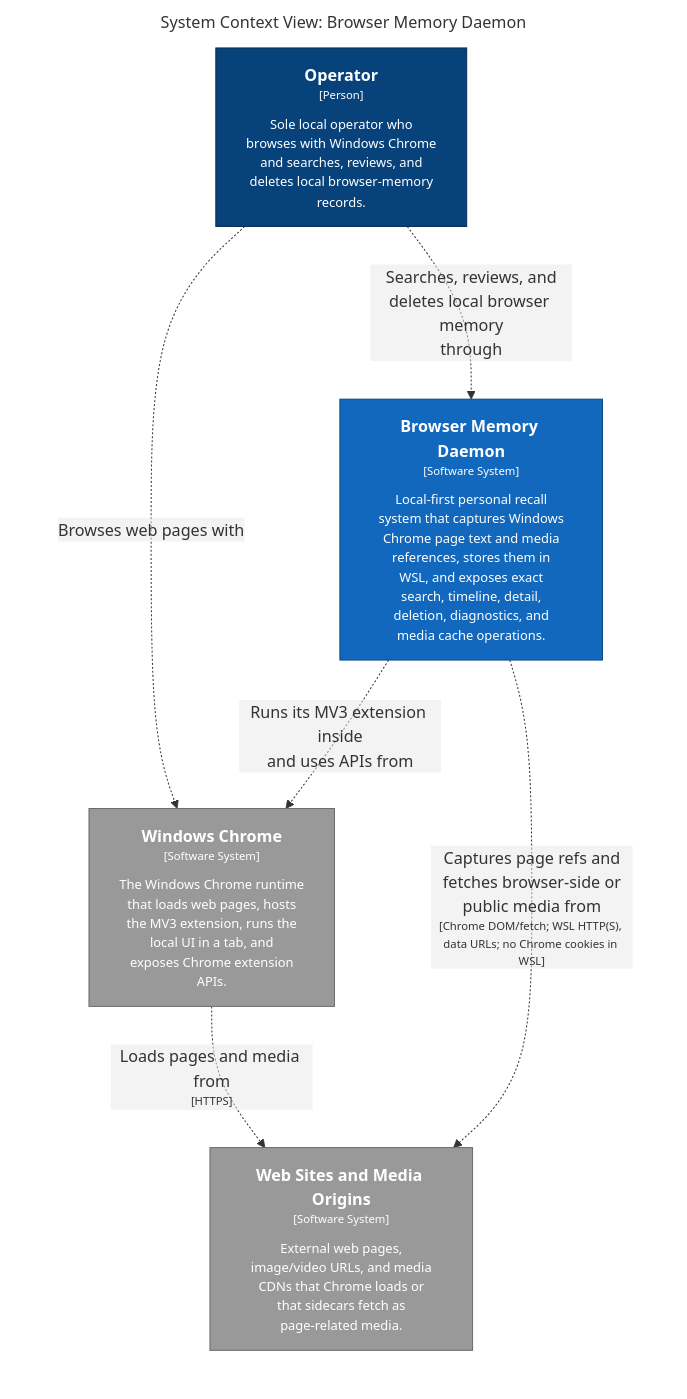
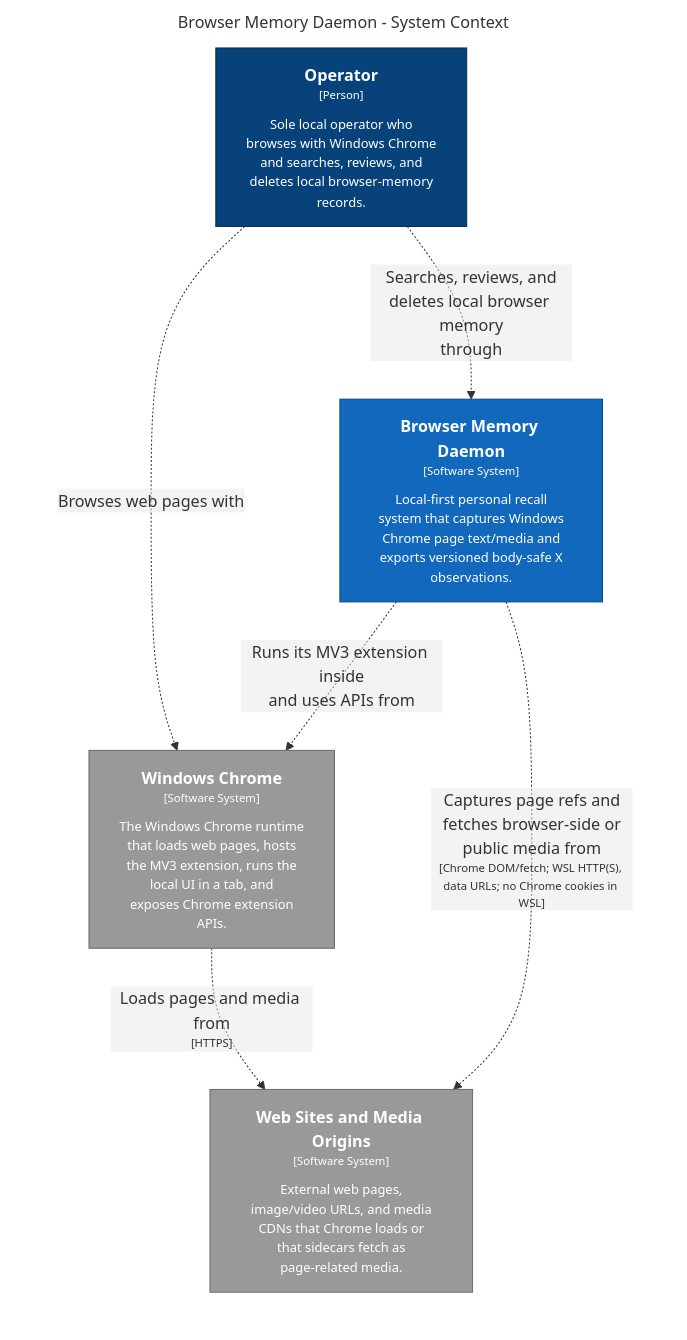
Before and after one commit to michaelnicks0/browser-memory-daemon: the diagram in docs/architecture/diagrams/markdown/SystemContext.md, drawn with Mermaid. The commit also changed 331 other files, not shown here.

Commit message:
docs: refresh architecture and publish surfaces

````diff
--- a/docs/architecture/diagrams/markdown/SystemContext.md
+++ b/docs/architecture/diagrams/markdown/SystemContext.md
@@ -16,24 +16,23 @@
 ```mermaid
 graph LR
   linkStyle default fill:#ffffff
 
-  subgraph diagram ["System Context View: Browser Memory Daemon"]
+  subgraph diagram ["Browser Memory Daemon - System Context"]
     style diagram fill:#ffffff,stroke:#ffffff
 
     1["<div style='font-weight: bold'>Operator</div><div style='font-size: 70%; margin-top: 0px'>[Person]</div><div style='font-size: 80%; margin-top:10px'>Sole local operator who<br />browses with Windows Chrome<br />and searches, reviews, and<br />deletes local browser-memory<br />records.</div>"]
     style 1 fill:#08427b,stroke:#052e56,color:#ffffff
     2["<div style='font-weight: bold'>Windows Chrome</div><div style='font-size: 70%; margin-top: 0px'>[Software System]</div><div style='font-size: 80%; margin-top:10px'>The Windows Chrome runtime<br />that loads web pages, hosts<br />the MV3 extension, runs the<br />local UI in a tab, and<br />exposes Chrome extension<br />APIs.</div>"]
     style 2 fill:#999999,stroke:#6b6b6b,color:#ffffff
     3["<div style='font-weight: bold'>Web Sites and Media Origins</div><div style='font-size: 70%; margin-top: 0px'>[Software System]</div><div style='font-size: 80%; margin-top:10px'>External web pages,<br />image/video URLs, and media<br />CDNs that Chrome loads or<br />that sidecars fetch as<br />page-related media.</div>"]
     style 3 fill:#999999,stroke:#6b6b6b,color:#ffffff
-    4["<div style='font-weight: bold'>Browser Memory Daemon</div><div style='font-size: 70%; margin-top: 0px'>[Software System]</div><div style='font-size: 80%; margin-top:10px'>Local-first personal recall<br />system that captures Windows<br />Chrome page text and media<br />references, stores them in<br />WSL, and exposes exact<br />search, timeline, detail,<br />deletion, diagnostics, and<br />media cache operations.</div>"]
+    4["<div style='font-weight: bold'>Browser Memory Daemon</div><div style='font-size: 70%; margin-top: 0px'>[Software System]</div><div style='font-size: 80%; margin-top:10px'>Local-first personal recall<br />system that captures Windows<br />Chrome page text/media and<br />exports versioned body-safe X<br />observations.</div>"]
     style 4 fill:#1168bd,stroke:#0b4884,color:#ffffff
 
     1-. "<div>Browses web pages with</div><div style='font-size: 70%'></div>" .->2
     1-. "<div>Searches, reviews, and<br />deletes local browser memory<br />through</div><div style='font-size: 70%'></div>" .->4
     2-. "<div>Loads pages and media from</div><div style='font-size: 70%'>[HTTPS]</div>" .->3
     4-. "<div>Runs its MV3 extension inside<br />and uses APIs from</div><div style='font-size: 70%'></div>" .->2
     4-. "<div>Captures page refs and<br />fetches browser-side or<br />public media from</div><div style='font-size: 70%'>[Chrome DOM/fetch; WSL HTTP(S), data URLs; no Chrome cookies in WSL]</div>" .->3
-
   end
 ```
````
